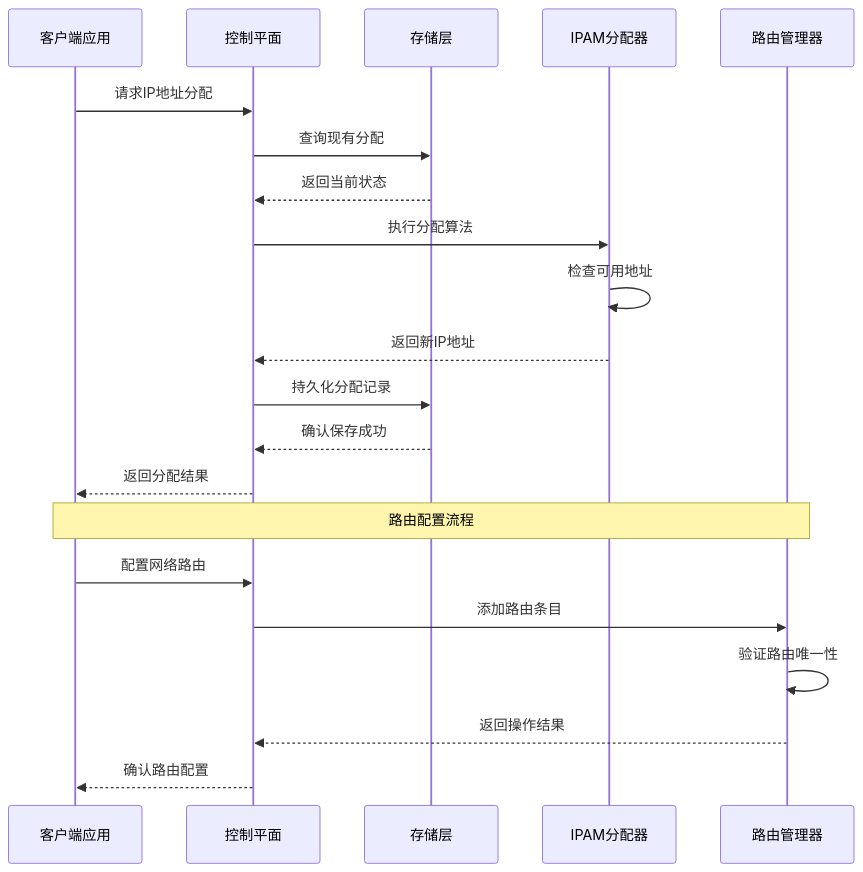
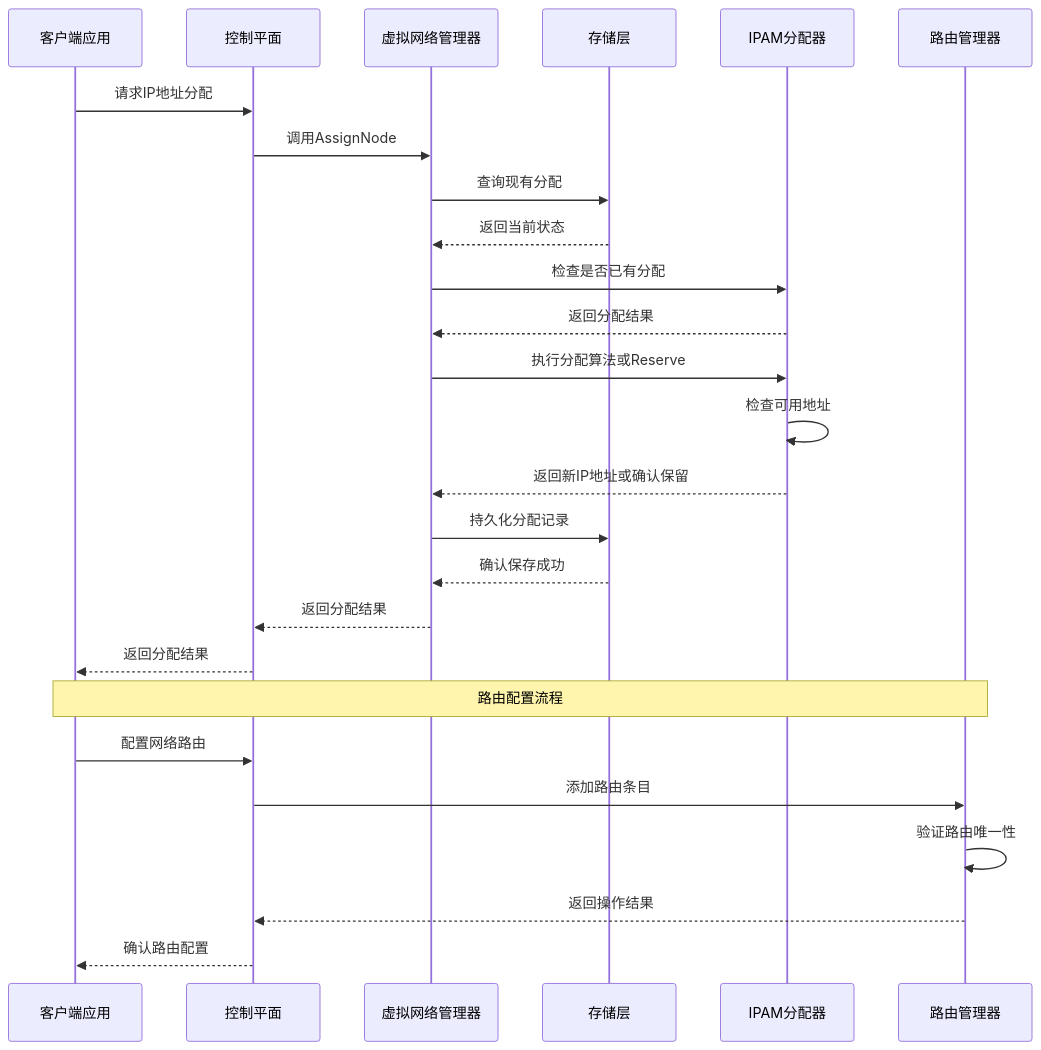
Before and after one commit to itsharex/NexTunnel: the second of 11 diagrams in .qoder/repowiki/zh/content/数据模型/IP地址管理(IPAM)系统.md, drawn with Mermaid. The commit also changed other lines of this file and 23 other files, not shown here.

````diff
--- a/.qoder/repowiki/zh/content/数据模型/IP地址管理(IPAM)系统.md
+++ b/.qoder/repowiki/zh/content/数据模型/IP地址管理(IPAM)系统.md
@@ -118,23 +135,28 @@
 ```mermaid
 sequenceDiagram
 participant Client as 客户端应用
 participant ControlPlane as 控制平面
+participant VirtualNet as 虚拟网络管理器
 participant Store as 存储层
 participant IPAM as IPAM分配器
 participant RouteMgr as 路由管理器
 Client->>ControlPlane : 请求IP地址分配
-ControlPlane->>Store : 查询现有分配
-Store-->>ControlPlane : 返回当前状态
-ControlPlane->>IPAM : 执行分配算法
+ControlPlane->>VirtualNet : 调用AssignNode
+VirtualNet->>Store : 查询现有分配
+Store-->>VirtualNet : 返回当前状态
+VirtualNet->>IPAM : 检查是否已有分配
+IPAM-->>VirtualNet : 返回分配结果
+VirtualNet->>IPAM : 执行分配算法或Reserve
 IPAM->>IPAM : 检查可用地址
-IPAM-->>ControlPlane : 返回新IP地址
-ControlPlane->>Store : 持久化分配记录
-Store-->>ControlPlane : 确认保存成功
+IPAM-->>VirtualNet : 返回新IP地址或确认保留
+VirtualNet->>Store : 持久化分配记录
+Store-->>VirtualNet : 确认保存成功
+VirtualNet-->>ControlPlane : 返回分配结果
 ControlPlane-->>Client : 返回分配结果
 Note over Client,RouteMgr : 路由配置流程
 Client->>ControlPlane : 配置网络路由
 ControlPlane->>RouteMgr : 添加路由条目
 RouteMgr->>RouteMgr : 验证路由唯一性
 RouteMgr-->>ControlPlane : 返回操作结果
 ControlPlane-->>Client : 确认路由配置
 ```
````
